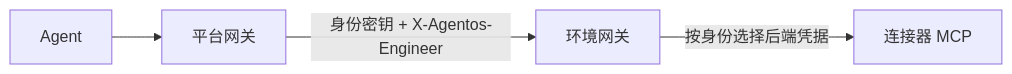
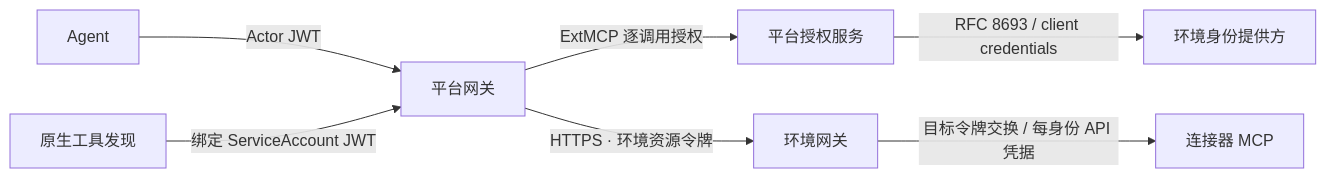
The diagram in docs/environments.md (pood1e/agentos-platform), drawn with Mermaid before and after one commit. The commit also changed other lines of this file and 30 other files, not shown here.

````diff
--- a/docs/environments.md
+++ b/docs/environments.md
@@ -8,6 +5,9 @@
 ```mermaid
 flowchart LR
-  Agent[Agent] --> PG[平台网关]
-  PG -->|身份密钥 + X-Agentos-Engineer| EG[环境网关]
-  EG -->|按身份选择后端凭据| MCP[连接器 MCP]
+  Agent[Agent] -->|Actor JWT| PG[平台网关]
+  Discovery[原生工具发现] -->|绑定 ServiceAccount JWT| PG
+  PG -->|ExtMCP 逐调用授权| Auth[平台授权服务]
+  Auth -->|RFC 8693 / client credentials| IdP[环境身份提供方]
+  PG -->|HTTPS · 环境资源令牌| EG[环境网关]
+  EG -->|目标令牌交换 / 每身份 API 凭据| MCP[连接器 MCP]
 ```
````
